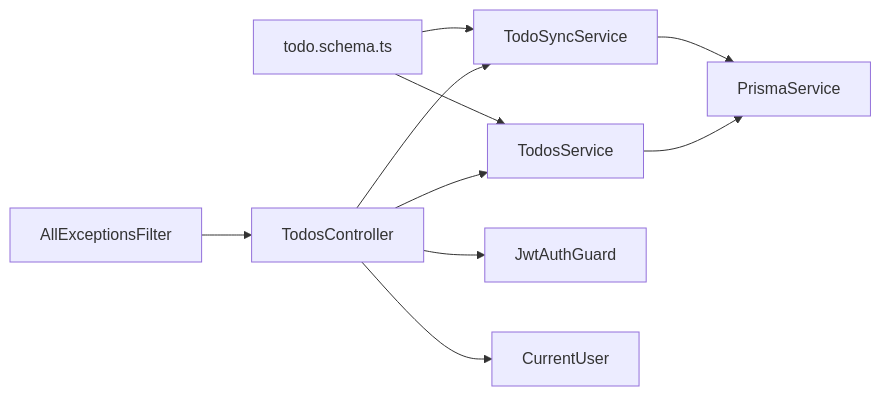
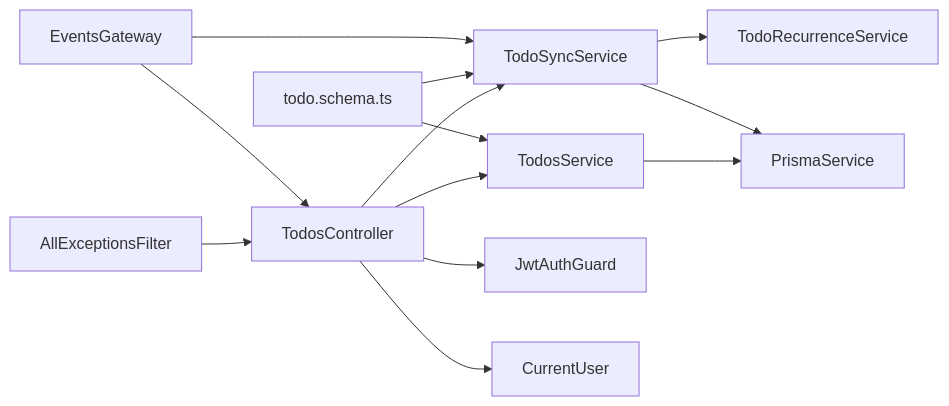
The fourth of 4 diagrams in .qoder/repowiki/zh/content/后端开发/待办事项模块/API 接口规范.md (xixixiaoyu/Todo), drawn with Mermaid before and after one commit. The commit also changed other lines of this file and 77 other files, not shown here.

````diff
--- a/.qoder/repowiki/zh/content/后端开发/待办事项模块/API 接口规范.md
+++ b/.qoder/repowiki/zh/content/后端开发/待办事项模块/API 接口规范.md
@@ -348,12 +412,15 @@
 ```mermaid
 graph LR
 CTRL["TodosController"] --> SVC["TodosService"]
 CTRL --> SYNC["TodoSyncService"]
+SYNC --> REC["TodoRecurrenceService"]
 SVC --> PRISMA["PrismaService"]
 SYNC --> PRISMA
 CTRL --> GUARD["JwtAuthGuard"]
 CTRL --> DECOR["CurrentUser"]
 ALLF["AllExceptionsFilter"] --> CTRL
 SHARED["todo.schema.ts"] --> SYNC
 SHARED --> SVC
+EVT["EventsGateway"] --> CTRL
+EVT --> SYNC
 ```
````
